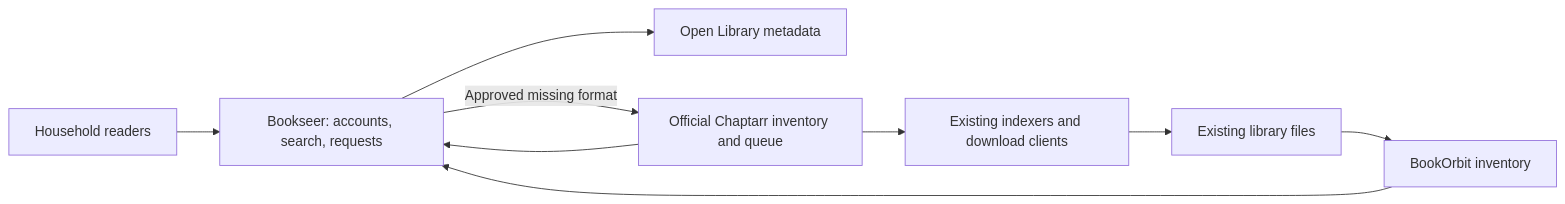
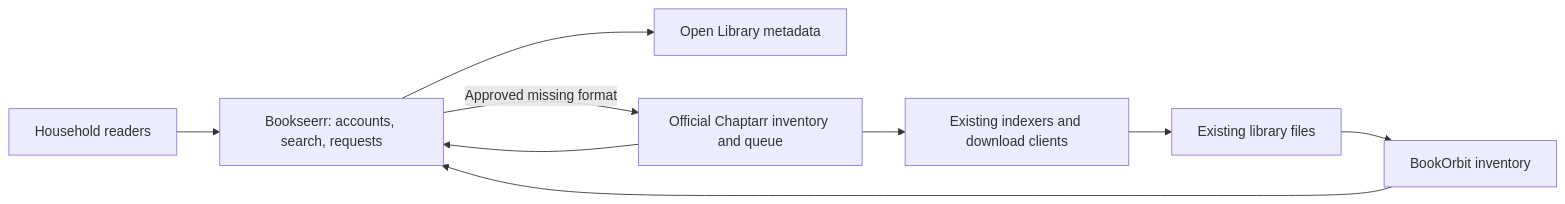
Before and after one commit to TeamCogs/bookseer: the diagram in docs/architecture.md, drawn with Mermaid. The commit also changed other lines of this file and 39 other files, not shown here.

````diff
--- a/docs/architecture.md
+++ b/docs/architecture.md
@@ -5,11 +5,11 @@
 ```mermaid
 flowchart LR
-  Readers[Household readers] --> Bookseer[Bookseer: accounts, search, requests]
-  Bookseer --> Catalogue[Open Library metadata]
-  BookOrbit[BookOrbit inventory] --> Bookseer
-  Chaptarr[Official Chaptarr inventory and queue] --> Bookseer
-  Bookseer -->|Approved missing format| Chaptarr
+  Readers[Household readers] --> Bookseerr[Bookseerr: accounts, search, requests]
+  Bookseerr --> Catalogue[Open Library metadata]
+  BookOrbit[BookOrbit inventory] --> Bookseerr
+  Chaptarr[Official Chaptarr inventory and queue] --> Bookseerr
+  Bookseerr -->|Approved missing format| Chaptarr
   Chaptarr --> Clients[Existing indexers and download clients]
   Clients --> Files[Existing library files]
   Files --> BookOrbit
 ```
````
